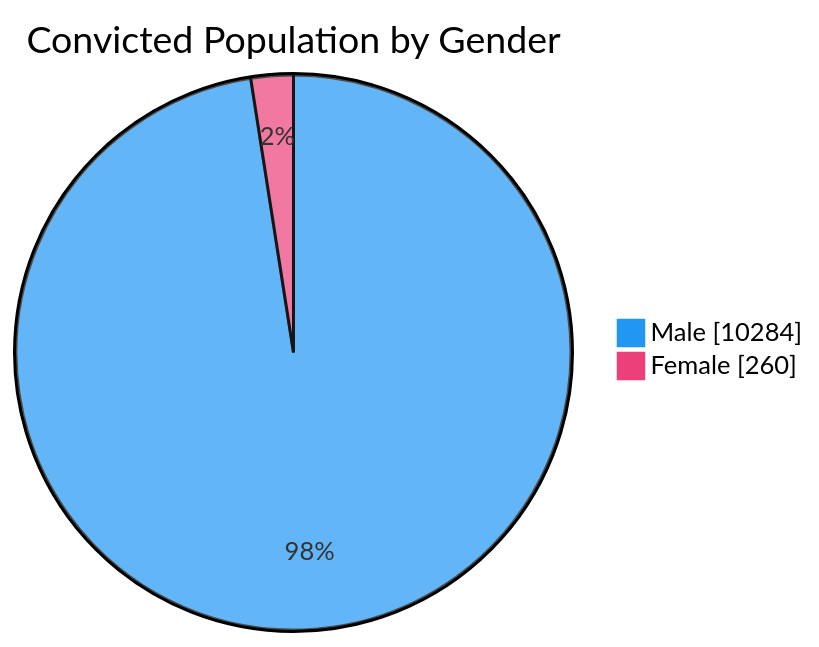
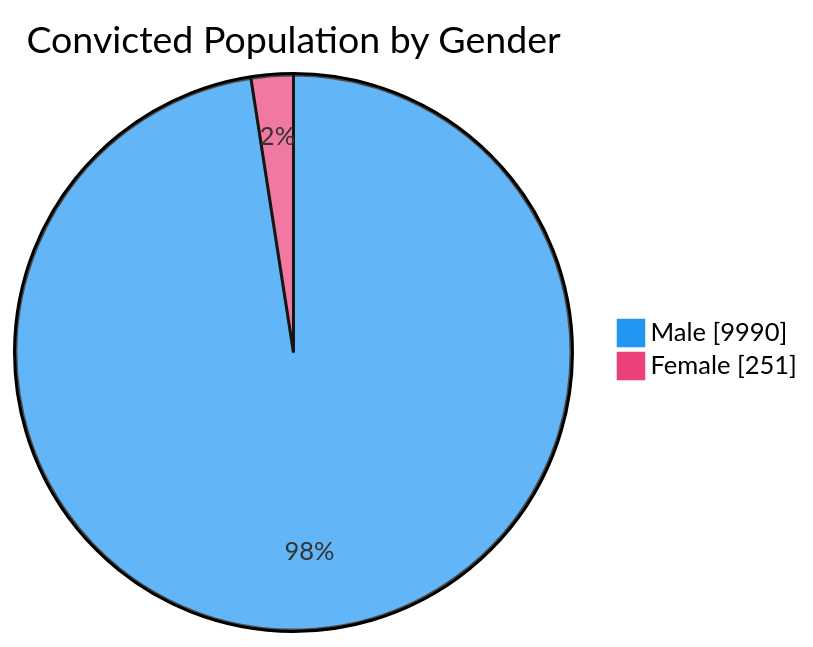
The third of 7 diagrams in README.md (nuuuwan/lk_prisons), drawn with Mermaid before and after one commit. The commit also changed other lines of this file and 1 other file, not shown here.

````diff
--- a/README.md
+++ b/README.md
@@ -65,6 +65,6 @@
 ```mermaid
 %%{init: {'themeVariables': {'pie1': '#2196F3', 'pie2': '#EC407A'}}}%%
 pie showData title Convicted Population by Gender
-    "Male" : 10284
-    "Female" : 260
+    "Male" : 9990
+    "Female" : 251
 ```
````
